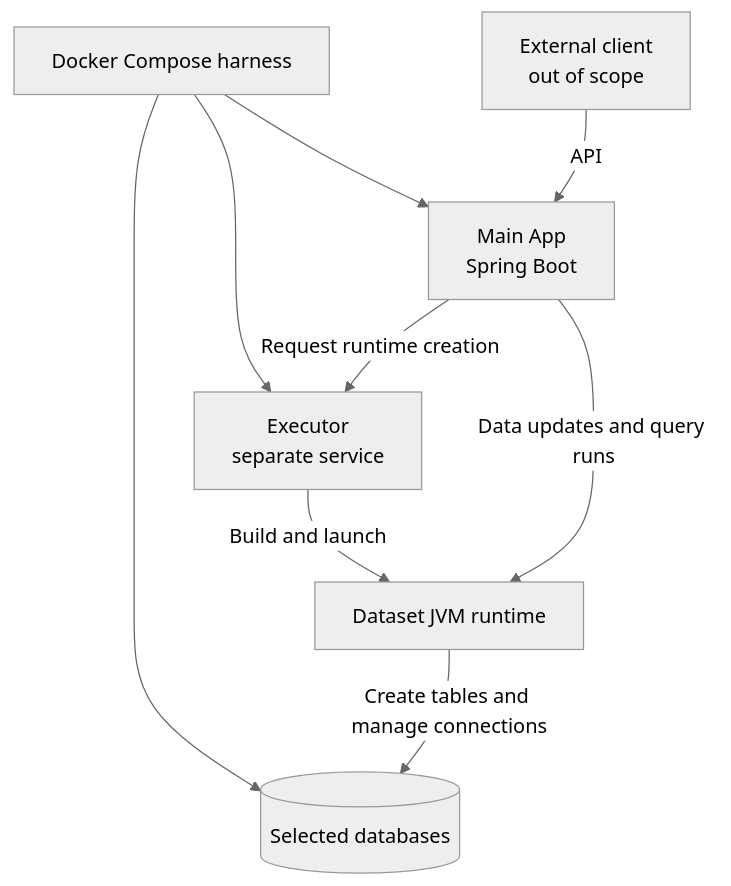
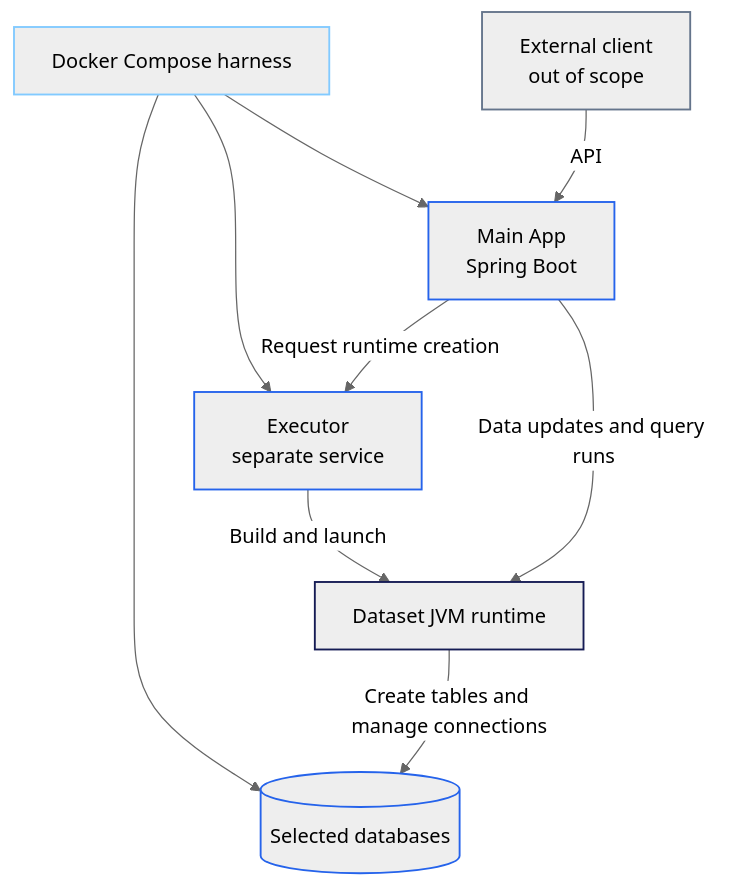
The diagram in docs/ARCHITECTURE.md (SimekJan/oxm-benchmark), drawn with Mermaid (neutral theme) before and after one commit. The commit also changed 1 other file, not shown here.

Commit message:
Update chart colors

````diff
--- a/docs/ARCHITECTURE.md
+++ b/docs/ARCHITECTURE.md
@@ -5,11 +5,20 @@
 ```mermaid
 flowchart TD
     Compose[Docker Compose harness] --> MainApp[Main App<br/>Spring Boot]
     Compose --> Executor[Executor<br/>separate service]
     Compose --> Databases[(Selected databases)]
     Client[External client<br/>out of scope] -->|API| MainApp
     MainApp -->|Request runtime creation| Executor
     Executor -->|Build and launch| Runtime[Dataset JVM runtime]
     MainApp -->|Data updates and query runs| Runtime
     Runtime -->|Create tables and manage connections| Databases
+
+    classDef container stroke:#2563EB,stroke-width:1.5px
+    classDef external stroke:#64748B,stroke-width:1.5px
+    classDef docker stroke:#82CAFF,stroke-width:1.5px
+    classDef runtime stroke:#151B54,stroke-width:1.5px
+    class MainApp,Executor,Databases container
+    class Client external
+    class Compose docker
+    class Runtime runtime
 ```
````
